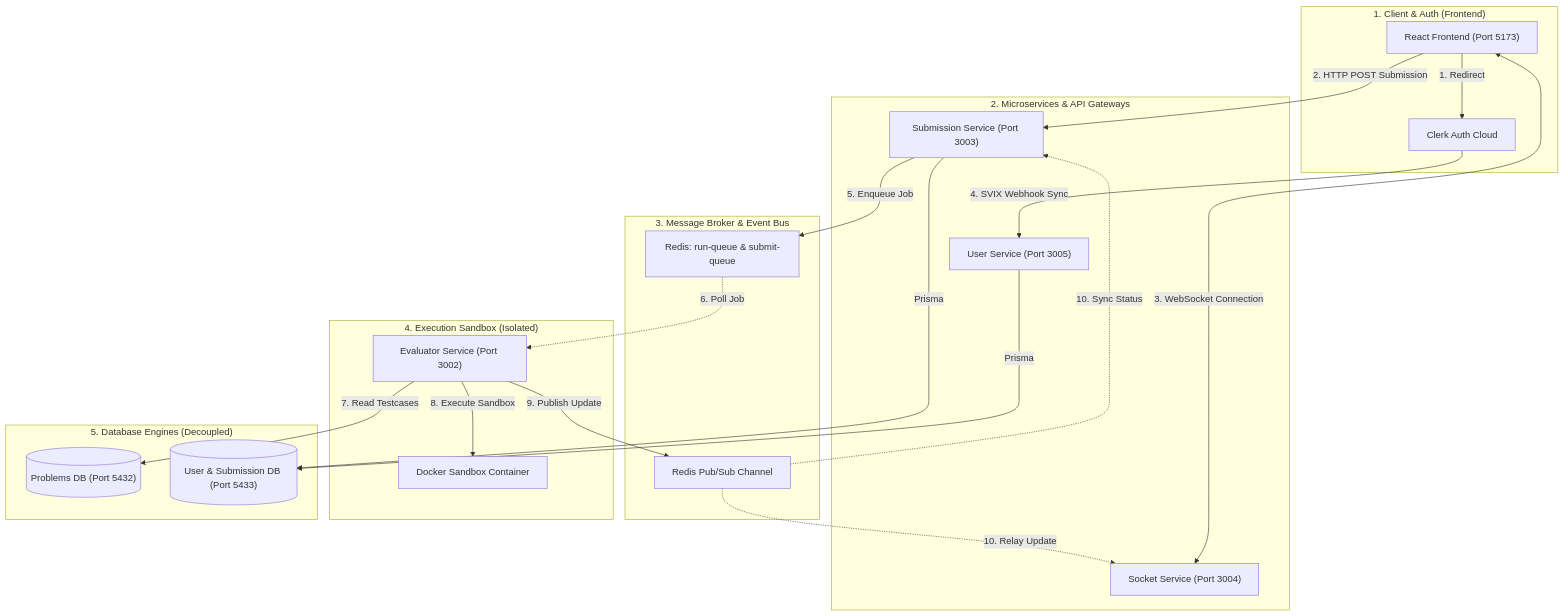
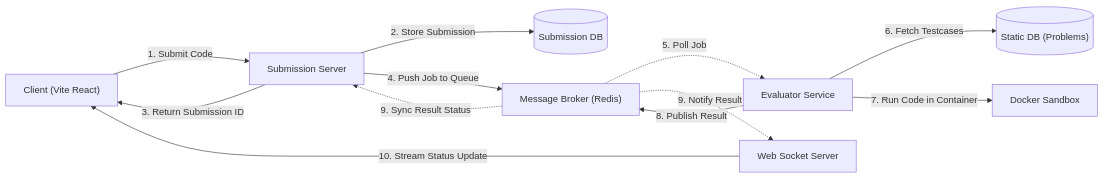
Before and after one commit to AvinashGottapu/Codexis: the diagram in README.md, drawn with Mermaid. The commit also changed other lines of this file, not shown here.

Commit message:
docs: restructure system flow diagram and numbered description

````diff
--- a/README.md
+++ b/README.md
@@ -20,49 +17,24 @@
 ```mermaid
-graph TD
-    %% Define main layers/subgraphs for visual layout
-    subgraph ClientLayer ["1. Client & Auth (Frontend)"]
-        Client["React Frontend (Port 5173)"]
-        Clerk["Clerk Auth Cloud"]
-    end
+graph LR
+    Client["Client (Vite React)"]
+    WebSocket["Web Socket Server"]
+    SubServer["Submission Server"]
+    SubDB[("Submission DB")]
+    Broker["Message Broker (Redis)"]
+    Evaluator["Evaluator Service"]
+    Sandbox["Docker Sandbox"]
+    StaticDB[("Static DB (Problems)")]
 
-    subgraph ServiceLayer ["2. Microservices & API Gateways"]
-        SubmissionService["Submission Service (Port 3003)"]
-        UserService["User Service (Port 3005)"]
-        SocketService["Socket Service (Port 3004)"]
-    end
-
-    subgraph BrokerLayer ["3. Message Broker & Event Bus"]
-        RedisQueues["Redis: run-queue & submit-queue"]
-        RedisPubSub["Redis Pub/Sub Channel"]
-    end
-
-    subgraph EvalLayer ["4. Execution Sandbox (Isolated)"]
-        Evaluator["Evaluator Service (Port 3002)"]
-        DockerSandbox["Docker Sandbox Container"]
-    end
-
-    subgraph DBLayer ["5. Database Engines (Decoupled)"]
-        ProblemsDB[("Problems DB (Port 5432)")]
-        UserDB[("User & Submission DB (Port 5433)")]
-    end
-
-    %% Chronological execution flow connections
-    Client -->|1. Redirect| Clerk
-    Client -->|2. HTTP POST Submission| SubmissionService
-    Client <--->|3. WebSocket Connection| SocketService
-    
-    Clerk -->|4. SVIX Webhook Sync| UserService
-    
-    UserService -->|Prisma| UserDB
-    SubmissionService -->|Prisma| UserDB
-
-    SubmissionService -->|5. Enqueue Job| RedisQueues
-    RedisQueues -.->|6. Poll Job| Evaluator
-    
-    Evaluator -->|7. Read Testcases| ProblemsDB
-    Evaluator -->|8. Execute Sandbox| DockerSandbox
-    
-    Evaluator -->|9. Publish Update| RedisPubSub
-    RedisPubSub -.->|10. Relay Update| SocketService
-    RedisPubSub -.->|10. Sync Status| SubmissionService
+    %% Chronological Flow
+    Client -->|1. Submit Code| SubServer
+    SubServer -->|2. Store Submission| SubDB
+    SubServer -->|3. Return Submission ID| Client
+    SubServer -->|4. Push Job to Queue| Broker
+    Broker -.->|5. Poll Job| Evaluator
+    Evaluator -->|6. Fetch Testcases| StaticDB
+    Evaluator -->|7. Run Code in Container| Sandbox
+    Evaluator -->|8. Publish Result| Broker
+    Broker -.->|9. Notify Result| WebSocket
+    Broker -.->|9. Sync Result Status| SubServer
+    WebSocket -->|10. Stream Status Update| Client
 ```
````
